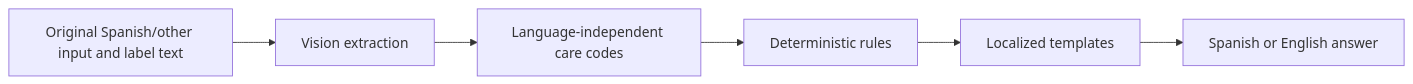
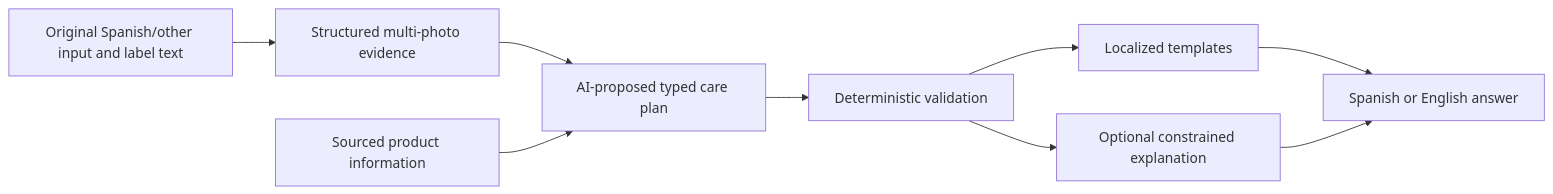
Before and after one commit to acado1986/fabricassist-platform: the second of 4 diagrams in docs/architecture.md, drawn with Mermaid. The commit also changed other lines of this file and 12 other files, not shown here.

First line of the commit message:
feat: Add ADRs for validator-gated AI care plans, garment identity, product information lookup, and contextual conversations

````diff
--- a/docs/architecture.md
+++ b/docs/architecture.md
@@ -610,11 +780,16 @@
 ```mermaid
 flowchart LR
     Original[Original Spanish/other input and label text]
-    Extract[Vision extraction]
-    Codes[Language-independent care codes]
-    Rules[Deterministic rules]
+    Extract[Structured multi-photo evidence]
+    Product[Sourced product information]
+    Plan[AI-proposed typed care plan]
+    Validate[Deterministic validation]
     Templates[Localized templates]
+    Explain[Optional constrained explanation]
     Answer[Spanish or English answer]
 
-    Original --> Extract --> Codes --> Rules --> Templates --> Answer
+    Original --> Extract --> Plan
+    Product --> Plan
+    Plan --> Validate --> Templates --> Answer
+    Validate --> Explain --> Answer
 ```
````
